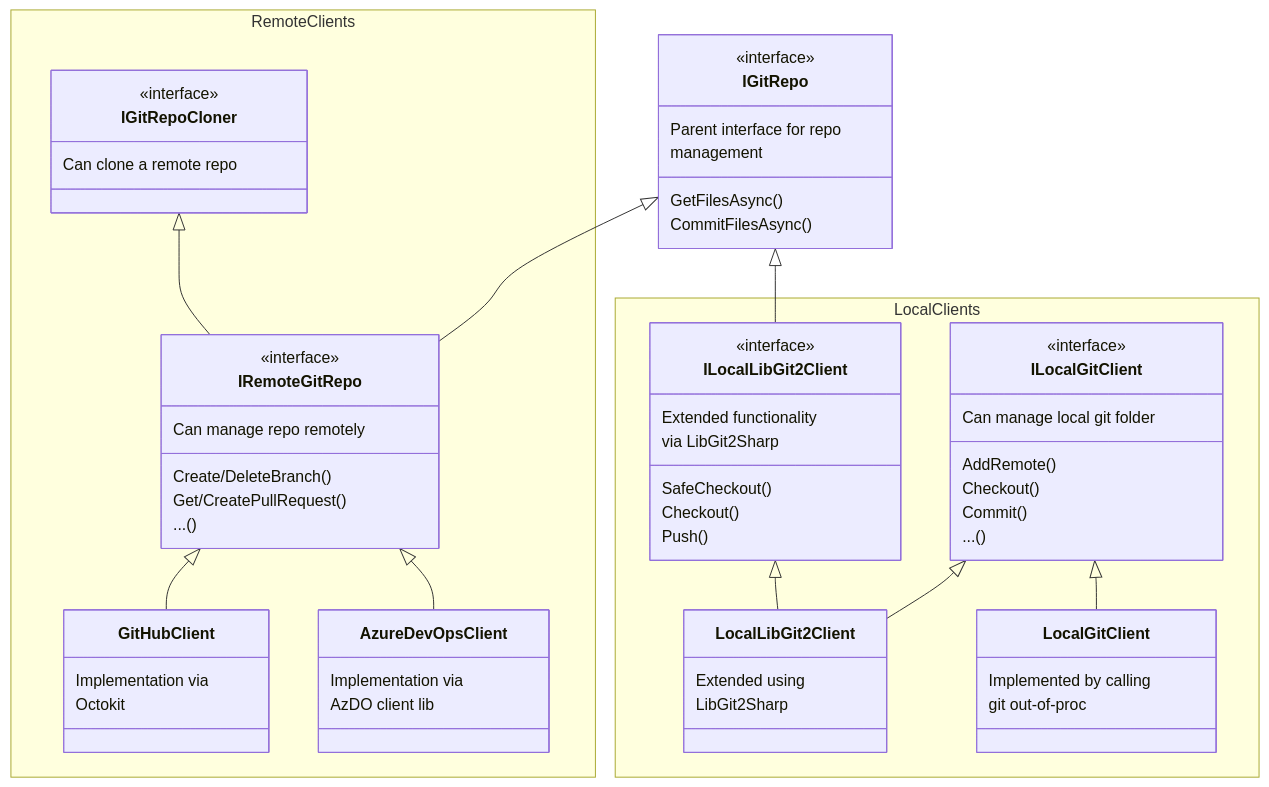
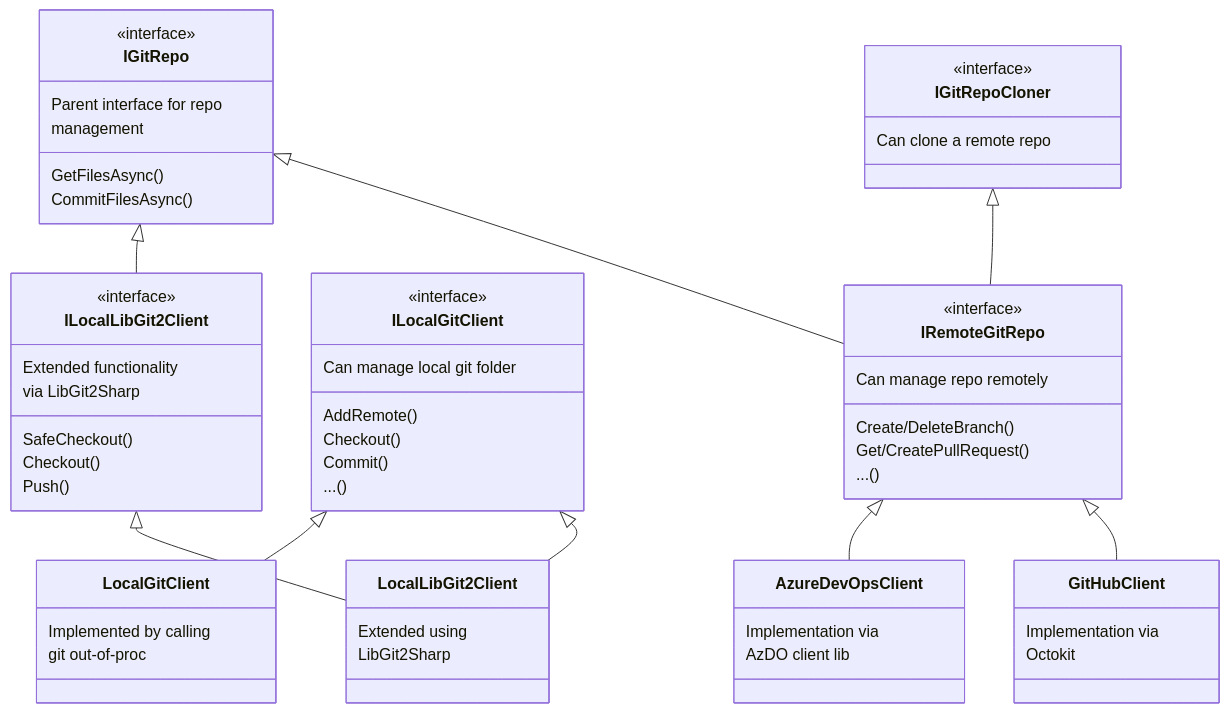
One commit to dotnet/arcade-services changed the diagram in src/Microsoft.DotNet.Darc/DarcLib/Architecture.md. Above: the diagram before and after it, drawn with Mermaid.

Commit message:
Remove namespaces

````diff
--- a/src/Microsoft.DotNet.Darc/DarcLib/Architecture.md
+++ b/src/Microsoft.DotNet.Darc/DarcLib/Architecture.md
@@ -5,74 +5,69 @@
 ```mermaid
 classDiagram
     IGitRepo <|-- ILocalLibGit2Client
     ILocalGitClient <|-- LocalGitClient
     ILocalGitClient <|-- LocalLibGit2Client
     ILocalLibGit2Client <|-- LocalLibGit2Client
     IGitRepo <|-- IRemoteGitRepo
     IGitRepoCloner <|-- IRemoteGitRepo
     IRemoteGitRepo <|-- AzureDevOpsClient
     IRemoteGitRepo <|-- GitHubClient
 
     class IGitRepo {
         <<interface>>
         Parent interface for repo
         management
         GetFilesAsync()
         CommitFilesAsync()
     }
-    
-    namespace LocalClients {
-        class ILocalLibGit2Client {
-            <<interface>>
-            Extended functionality
-            via LibGit2Sharp
-            SafeCheckout()
-            Checkout()
-            Push()
-        }
+    class ILocalLibGit2Client {
+        <<interface>>
+        Extended functionality
+        via LibGit2Sharp
+        SafeCheckout()
+        Checkout()
+        Push()
+    }
 
-        class ILocalGitClient {
-            <<interface>>
-            Can manage local git folder
-            AddRemote()
-            Checkout()
-            Commit()
-            ...()
-        }
+    class ILocalGitClient {
+        <<interface>>
+        Can manage local git folder
+        AddRemote()
+        Checkout()
+        Commit()
+        ...()
+    }
 
-        class LocalGitClient {
-            Implemented by calling
-            git out-of-proc
-        }
+    class LocalGitClient {
+        Implemented by calling
+        git out-of-proc
+    }
 
-        class LocalLibGit2Client {
-            Extended using
-            LibGit2Sharp
-        }
+    class LocalLibGit2Client {
+        Extended using
+        LibGit2Sharp
     }
-    
-    namespace RemoteClients {
-        class IGitRepoCloner {
-            <<interface>>
-            Can clone a remote repo
-        }
 
-        class IRemoteGitRepo {
-            <<interface>>
-            Can manage repo remotely
-            Create/DeleteBranch()
-            Get/CreatePullRequest()
-            ...()
-        }
+    class IGitRepoCloner {
+        <<interface>>
+        Can clone a remote repo
+    }
 
-        class GitHubClient {
-            Implementation via
-            Octokit
-        }
+    class IRemoteGitRepo {
+        <<interface>>
+        Can manage repo remotely
+        Create/DeleteBranch()
+        Get/CreatePullRequest()
+        ...()
+    }
 
-        class AzureDevOpsClient {
-            Implementation via
-            AzDO client lib
-        }
+    class GitHubClient {
+        Implementation via
+        Octokit
+    }
+
+    class AzureDevOpsClient {
+        Implementation via
+        AzDO client lib
     }
 ```
````
